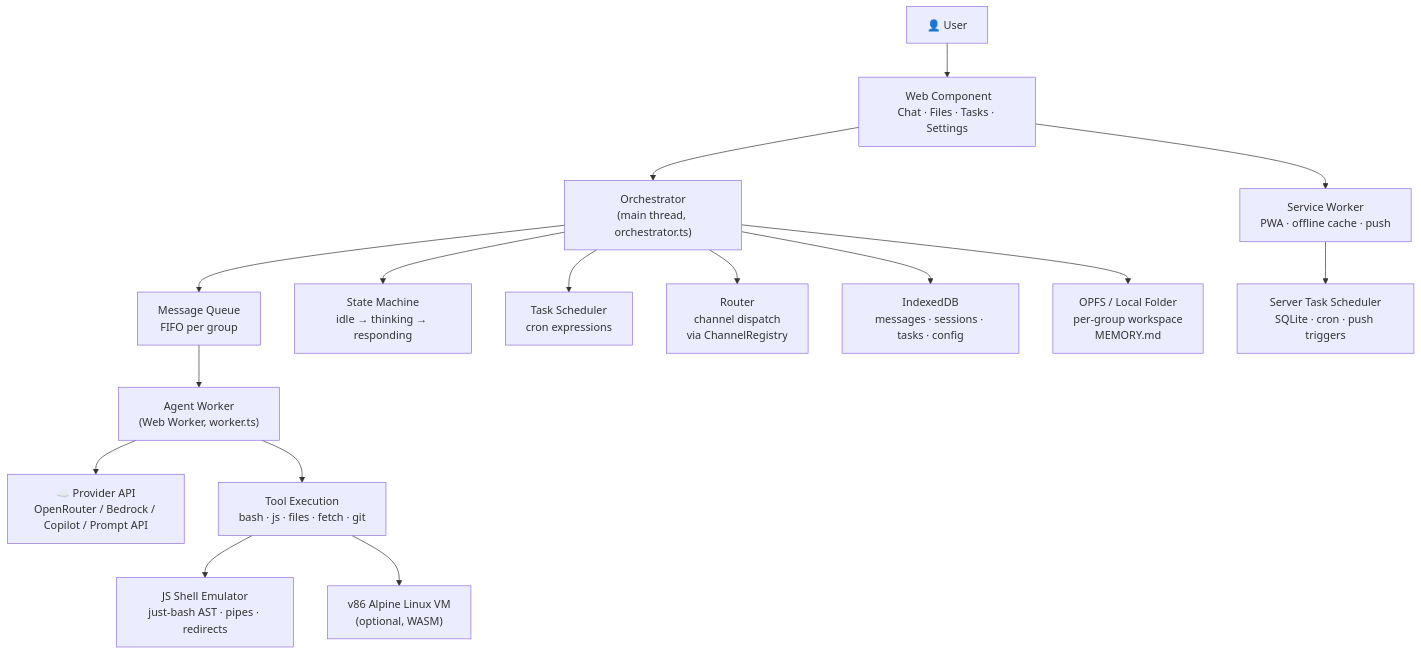
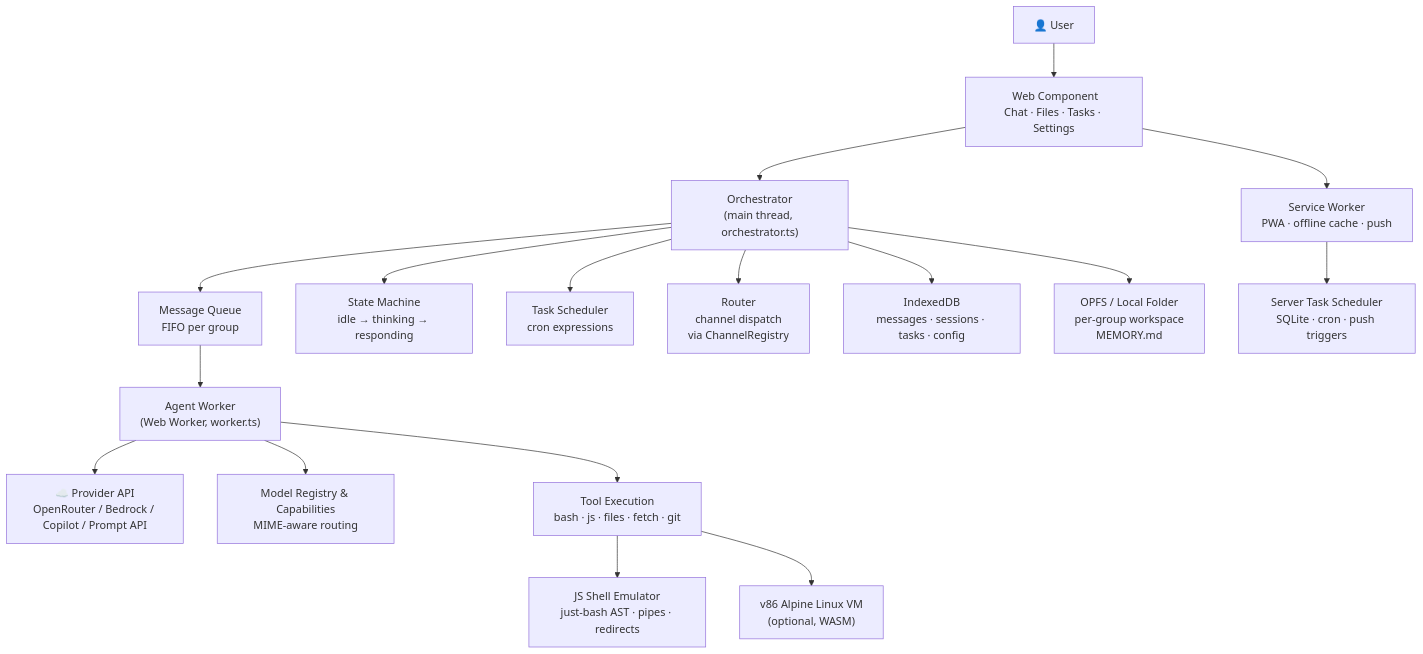
The first of 3 diagrams in docs/architecture/overview.md (xt-ml/shadow-claw), drawn with Mermaid before and after one commit. The commit also changed other lines of this file and 37 other files, not shown here.

First line of the commit message:
Implement dynamic model registry and MIME-aware attachment capabilities

````diff
--- a/docs/architecture/overview.md
+++ b/docs/architecture/overview.md
@@ -31,18 +31,19 @@
 ```mermaid
 graph TD
   User["👤 User"] --> UI["<shadow-claw> Web Component<br>Chat · Files · Tasks · Settings"]
   UI --> Orchestrator["Orchestrator<br>(main thread, orchestrator.ts)"]
   Orchestrator --> MessageQueue["Message Queue<br>FIFO per group"]
   Orchestrator --> StateFSM["State Machine<br>idle → thinking → responding"]
   Orchestrator --> TaskScheduler["Task Scheduler<br>cron expressions"]
   Orchestrator --> Router["Router<br>channel dispatch<br>via ChannelRegistry"]
   MessageQueue --> Worker["Agent Worker<br>(Web Worker, worker.ts)"]
   Worker --> Provider["☁️ Provider API<br>OpenRouter / Bedrock / Copilot / Prompt API"]
+  Worker --> Capabilities["Model Registry & Capabilities<br>MIME-aware routing"]
   Worker --> ToolExec["Tool Execution<br>bash · js · files · fetch · git"]
   ToolExec --> JSShell["JS Shell Emulator<br>just-bash AST · pipes · redirects"]
   ToolExec --> WebVM["v86 Alpine Linux VM<br>(optional, WASM)"]
   Orchestrator --> IndexedDB["IndexedDB<br>messages · sessions · tasks · config"]
   Orchestrator --> OPFS["OPFS / Local Folder<br>per-group workspace<br>MEMORY.md"]
   UI --> ServiceWorker["Service Worker<br>PWA · offline cache · push"]
   ServiceWorker --> ServerScheduler["Server Task Scheduler<br>SQLite · cron · push triggers"]
 ```
````
